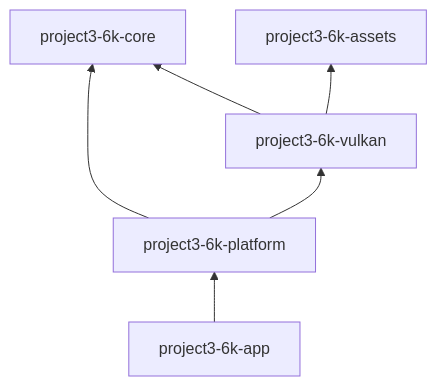
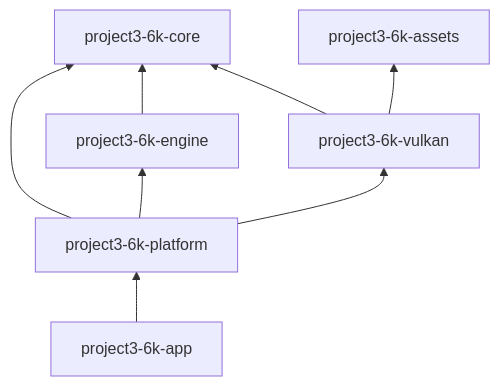
One commit to LarpingAgent/Project3.6k changed the diagram in docs/architecture/module-dependencies.md. Above: the diagram before and after it, drawn with Mermaid. The commit also changed other lines of this file and 19 other files, not shown here.

Commit message:
feat(engine): add lifecycle event and timestep core

````diff
--- a/docs/architecture/module-dependencies.md
+++ b/docs/architecture/module-dependencies.md
@@ -13,13 +14,16 @@
 ```mermaid
 flowchart BT
   app[project3-6k-app]
   platform[project3-6k-platform]
+  engine[project3-6k-engine]
   core[project3-6k-core]
   assets[project3-6k-assets]
   vulkan[project3-6k-vulkan]
+  app --> platform
   platform --> core
+  platform --> engine
   platform --> vulkan
+  engine --> core
   vulkan --> core
   vulkan --> assets
-  app --> platform
 ```
````
